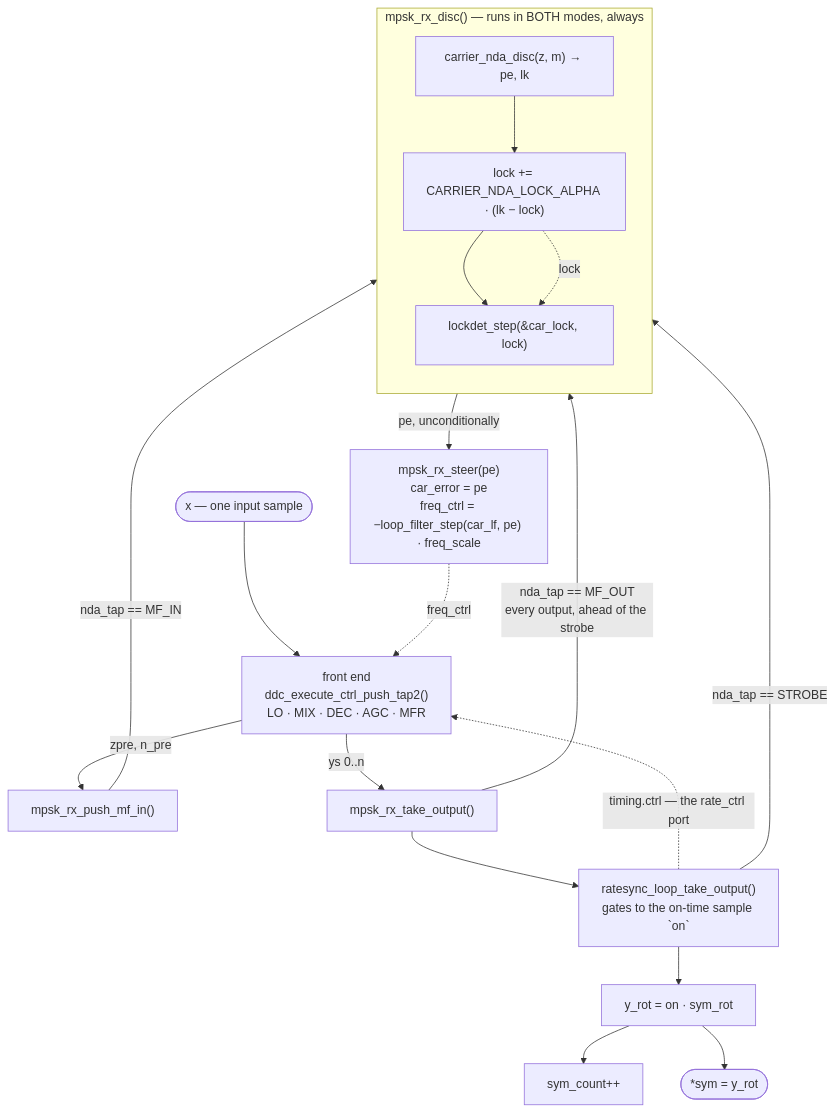
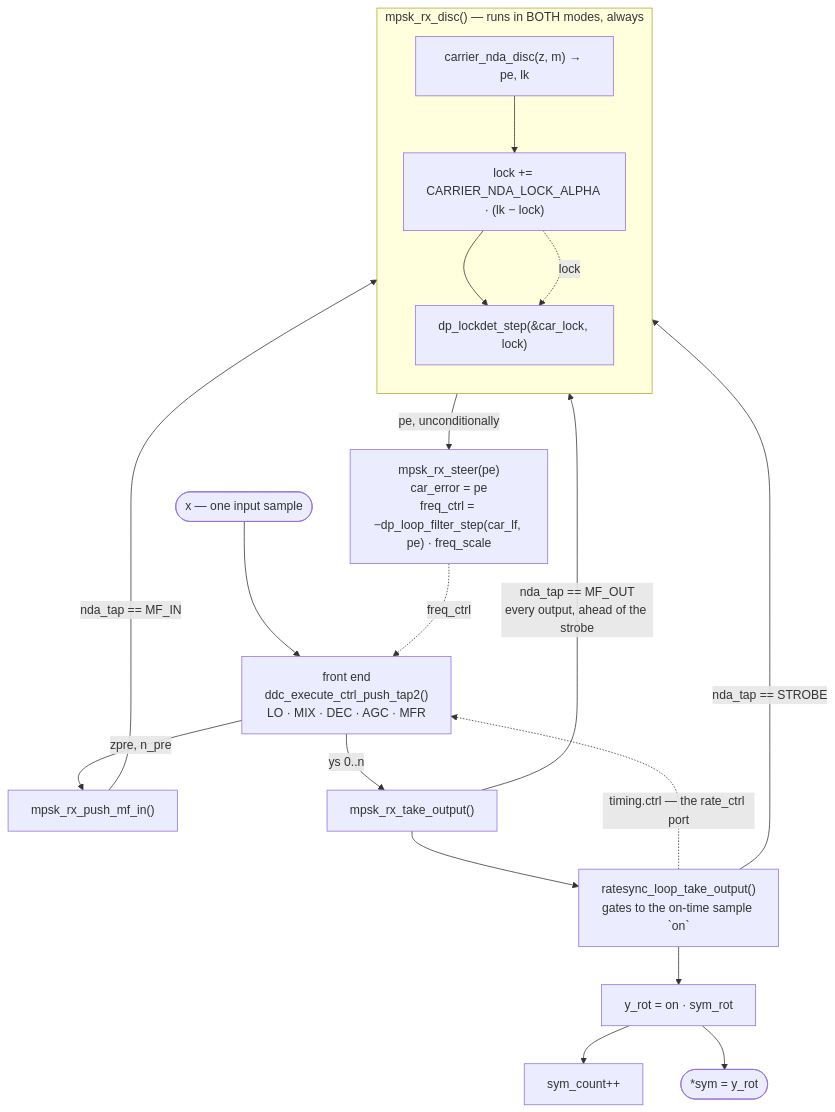
Before and after one commit to doppler-dsp/doppler: the second of 2 diagrams in docs/design/mpsk.md, drawn with Mermaid. The commit also changed other lines of this file and 1381 other files, not shown here.

````diff
--- a/docs/design/mpsk.md
+++ b/docs/design/mpsk.md
@@ -185,35 +185,35 @@
 ```mermaid
 flowchart TB
     X(["x — one input sample"])
     FE["front end<br/>ddc_execute_ctrl_push_tap2()<br/>LO · MIX · DEC · AGC · MFR"]
     X --> FE
 
     FE -->|"zpre, n_pre"| PMI["mpsk_rx_push_mf_in()"]
     FE -->|"ys 0..n"| TO["mpsk_rx_take_output()"]
 
     PMI -->|"nda_tap == MF_IN"| DISC
     TO -->|"nda_tap == MF_OUT<br/>every output, ahead of the strobe"| DISC
 
     TO --> RL["ratesync_loop_take_output()<br/>gates to the on-time sample `on`"]
     RL -->|"nda_tap == STROBE"| DISC
 
     subgraph D["mpsk_rx_disc() — runs in BOTH modes, always"]
         direction TB
         DISC["carrier_nda_disc(z, m) → pe, lk"]
         LKE["lock += CARRIER_NDA_LOCK_ALPHA · (lk − lock)"]
-        CLD["lockdet_step(&amp;car_lock, lock)"]
+        CLD["dp_lockdet_step(&amp;car_lock, lock)"]
         DISC --> LKE --> CLD
     end
 
     RL --> ROT["y_rot = on · sym_rot"]
     DISC -->|"pe, unconditionally"| STEER
 
-    STEER["mpsk_rx_steer(pe)<br/>car_error = pe<br/>freq_ctrl = −loop_filter_step(car_lf, pe) · freq_scale"]
+    STEER["mpsk_rx_steer(pe)<br/>car_error = pe<br/>freq_ctrl = −dp_loop_filter_step(car_lf, pe) · freq_scale"]
 
     ROT --> CNT["sym_count++"]
     LKE -.->|"lock"| CLD
 
     STEER -.->|"freq_ctrl"| FE
     RL -.->|"timing.ctrl — the rate_ctrl port"| FE
     ROT --> OUT(["*sym = y_rot"])
 ```
````
